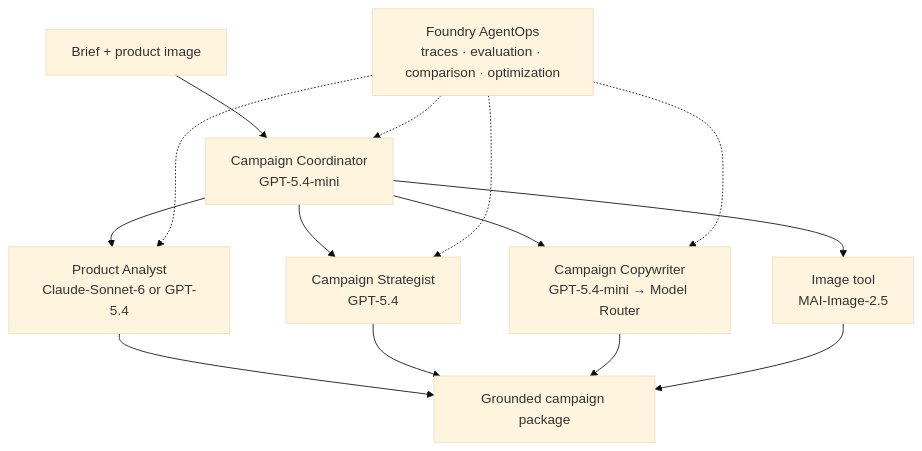
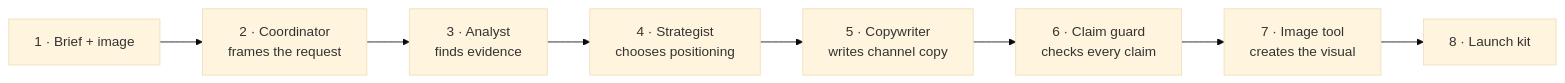
Before and after one commit to nitya/model-mastery: the second of 2 diagrams in foundry/agent-optimization/README.md, drawn with Mermaid (base theme). The commit also changed other lines of this file and 4 other files, not shown here.

Commit message:
Simplify workshop architecture diagrams

````diff
--- a/foundry/agent-optimization/README.md
+++ b/foundry/agent-optimization/README.md
@@ -54,16 +57,10 @@
 ```mermaid
-flowchart TB
-    U["Brief + product image"] --> C["Campaign Coordinator<br/>GPT-5.4-mini"]
-    C --> V["Product Analyst<br/>Claude-Sonnet-6 or GPT-5.4"]
-    C --> S["Campaign Strategist<br/>GPT-5.4"]
-    C --> W["Campaign Copywriter<br/>GPT-5.4-mini → Model Router"]
-    C --> I["Image tool<br/>MAI-Image-2.5"]
-    V --> P["Grounded campaign package"]
-    S --> P
-    W --> P
-    I --> P
-    O["Foundry AgentOps<br/>traces · evaluation · comparison · optimization"] -.-> C
-    O -.-> V
-    O -.-> S
-    O -.-> W
+flowchart LR
+    A["1 · Brief + image"] --> B["2 · Coordinator<br/>frames the request"]
+    B --> C["3 · Analyst<br/>finds evidence"]
+    C --> D["4 · Strategist<br/>chooses positioning"]
+    D --> E["5 · Copywriter<br/>writes channel copy"]
+    E --> F["6 · Claim guard<br/>checks every claim"]
+    F --> G["7 · Image tool<br/>creates the visual"]
+    G --> H["8 · Launch kit"]
 ```
````
